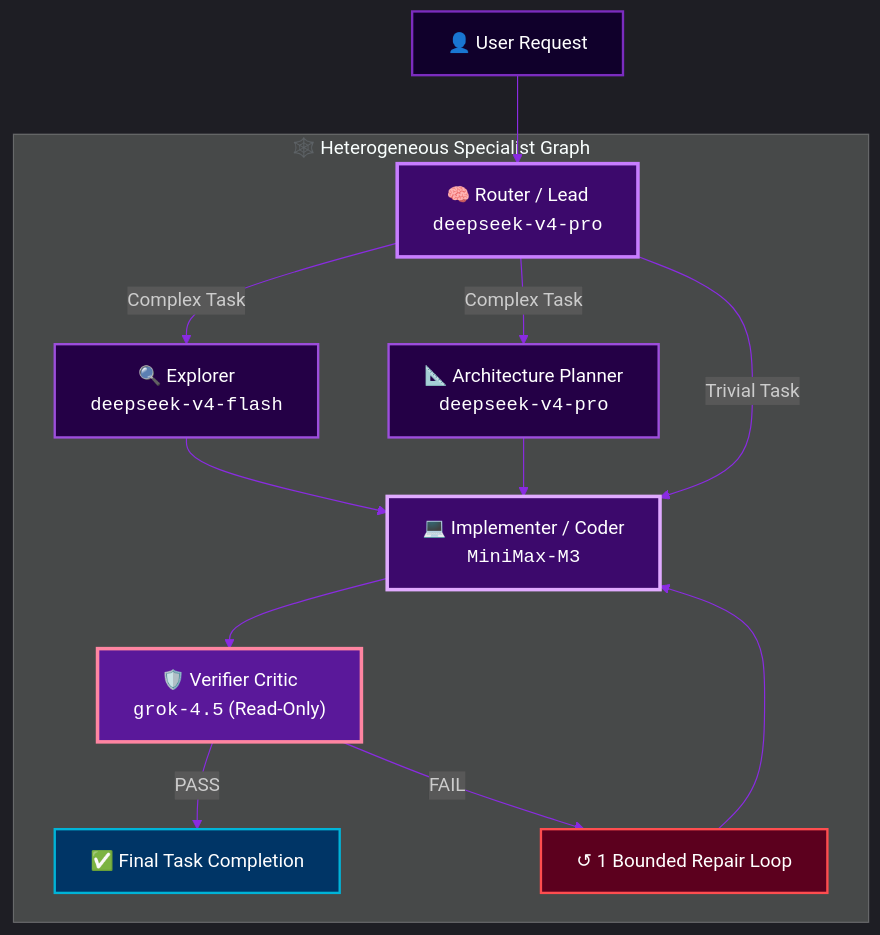
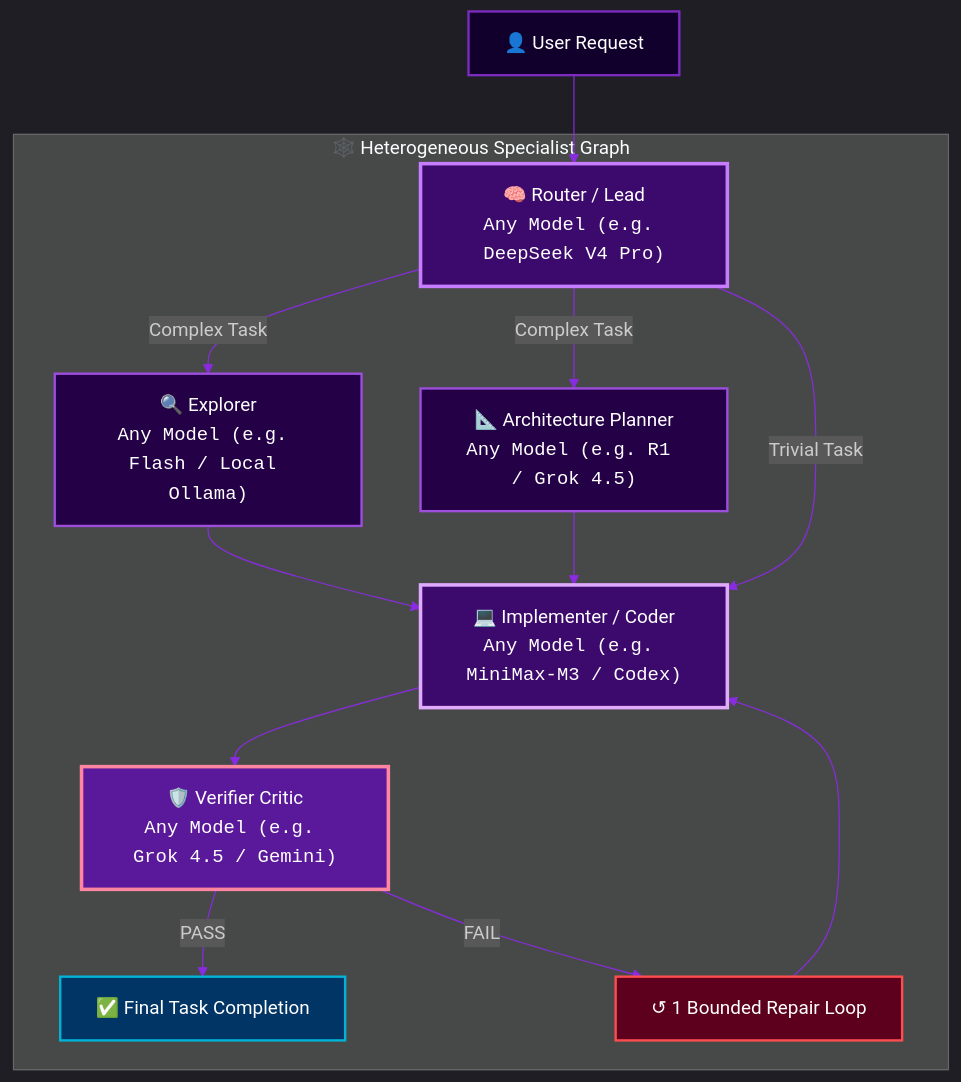
Before and after one commit to Shawn5cents/grok-build-legion-edition: the diagram in README.md, drawn with Mermaid. The commit also changed other lines of this file, not shown here.

Commit message:
docs: make README 100% model, CLI, provider, and gateway agnostic

````diff
--- a/README.md
+++ b/README.md
@@ -80,30 +57,30 @@
 ```mermaid
 %%{init: {'theme': 'dark', 'themeVariables': { 'lineColor': '#8A2BE2', 'primaryColor': '#1E1E2E', 'primaryTextColor': '#FFFFFF', 'primaryBorderColor': '#74C7EC', 'nodeBorder': '#74C7EC'}}}%%
 graph TD
-    User["👤 User Request"] --> Router["🧠 Router / Lead<br/><code>deepseek-v4-pro</code>"]
+    User["👤 User Request"] --> Router["🧠 Router / Lead<br/><code>Any Model (e.g. DeepSeek V4 Pro)</code>"]
 
     subgraph DAG ["🕸️ Heterogeneous Specialist Graph"]
-        Router -->|Complex Task| Explorer["🔍 Explorer<br/><code>deepseek-v4-flash</code>"]
-        Router -->|Complex Task| Plan["📐 Architecture Planner<br/><code>deepseek-v4-pro</code>"]
+        Router -->|Complex Task| Explorer["🔍 Explorer<br/><code>Any Model (e.g. Flash / Local Ollama)</code>"]
+        Router -->|Complex Task| Plan["📐 Architecture Planner<br/><code>Any Model (e.g. R1 / Grok 4.5)</code>"]
         
-        Explorer --> Implementer["💻 Implementer / Coder<br/><code>MiniMax-M3</code>"]
+        Explorer --> Implementer["💻 Implementer / Coder<br/><code>Any Model (e.g. MiniMax-M3 / Codex)</code>"]
         Plan --> Implementer
         
-        Implementer --> Verifier["🛡️ Verifier Critic<br/><code>grok-4.5</code> (Read-Only)"]
+        Implementer --> Verifier["🛡️ Verifier Critic<br/><code>Any Model (e.g. Grok 4.5 / Gemini)</code>"]
         
         Verifier -->|PASS| Final["✅ Final Task Completion"]
         Verifier -->|FAIL| Repair["↺ 1 Bounded Repair Loop"]
         Repair --> Implementer
     end
 
     Router -->|Trivial Task| Implementer
 
     style User fill:#10002B,stroke:#7B2CBF,stroke-width:2px,color:#fff
     style Router fill:#3C096C,stroke:#C77DFF,stroke-width:3px,color:#fff
     style Explorer fill:#240046,stroke:#9D4EDD,stroke-width:2px,color:#fff
     style Plan fill:#240046,stroke:#9D4EDD,stroke-width:2px,color:#fff
     style Implementer fill:#3C096C,stroke:#E0AAFF,stroke-width:3px,color:#fff
     style Verifier fill:#5A189A,stroke:#FF85A1,stroke-width:3px,color:#fff
     style Final fill:#003566,stroke:#00B4D8,stroke-width:2px,color:#fff
     style Repair fill:#5c001e,stroke:#ff4d4f,stroke-width:2px,color:#fff
 ```
````
